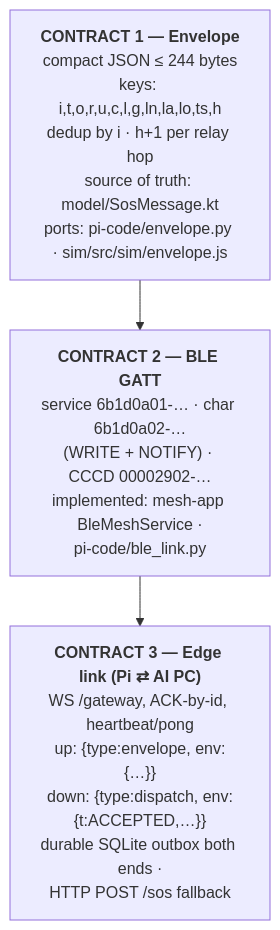
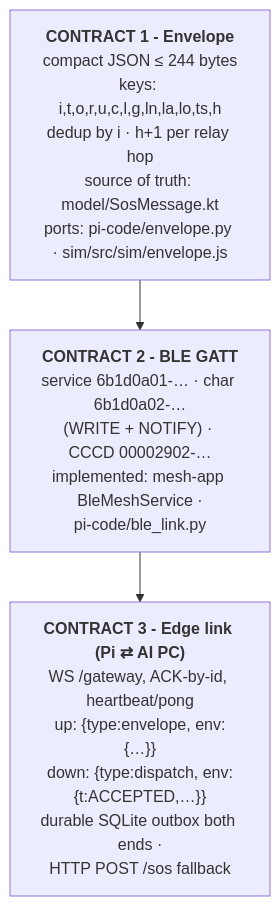
Before and after one commit to Kesav2k04/Sankat-Mochan: the second of 6 diagrams in docs/ARCHITECTURE-DIAGRAM.md, drawn with Mermaid. The commit also changed other lines of this file and 111 other files, not shown here.

````diff
--- a/docs/ARCHITECTURE-DIAGRAM.md
+++ b/docs/ARCHITECTURE-DIAGRAM.md
@@ -95,7 +95,7 @@
 ```mermaid
 flowchart TB
-    C1["<b>CONTRACT 1 — Envelope</b><br/>compact JSON ≤ 244 bytes<br/>keys: i,t,o,r,u,c,l,g,ln,la,lo,ts,h<br/>dedup by i · h+1 per relay hop<br/>source of truth: model/SosMessage.kt<br/>ports: pi-code/envelope.py · sim/src/sim/envelope.js"]
-    C2["<b>CONTRACT 2 — BLE GATT</b><br/>service 6b1d0a01-… · char 6b1d0a02-…<br/>(WRITE + NOTIFY) · CCCD 00002902-…<br/>implemented: mesh-app BleMeshService ·<br/>pi-code/ble_link.py"]
-    C3["<b>CONTRACT 3 — Edge link (Pi ⇄ AI PC)</b><br/>WS /gateway, ACK-by-id, heartbeat/pong<br/>up: {type:envelope, env:{…}}<br/>down: {type:dispatch, env:{t:ACCEPTED,…}}<br/>durable SQLite outbox both ends ·<br/>HTTP POST /sos fallback"]
+    C1["<b>CONTRACT 1 - Envelope</b><br/>compact JSON ≤ 244 bytes<br/>keys: i,t,o,r,u,c,l,g,ln,la,lo,ts,h<br/>dedup by i · h+1 per relay hop<br/>source of truth: model/SosMessage.kt<br/>ports: pi-code/envelope.py · sim/src/sim/envelope.js"]
+    C2["<b>CONTRACT 2 - BLE GATT</b><br/>service 6b1d0a01-… · char 6b1d0a02-…<br/>(WRITE + NOTIFY) · CCCD 00002902-…<br/>implemented: mesh-app BleMeshService ·<br/>pi-code/ble_link.py"]
+    C3["<b>CONTRACT 3 - Edge link (Pi ⇄ AI PC)</b><br/>WS /gateway, ACK-by-id, heartbeat/pong<br/>up: {type:envelope, env:{…}}<br/>down: {type:dispatch, env:{t:ACCEPTED,…}}<br/>durable SQLite outbox both ends ·<br/>HTTP POST /sos fallback"]
     C1 --> C2 --> C3
 ```
````
